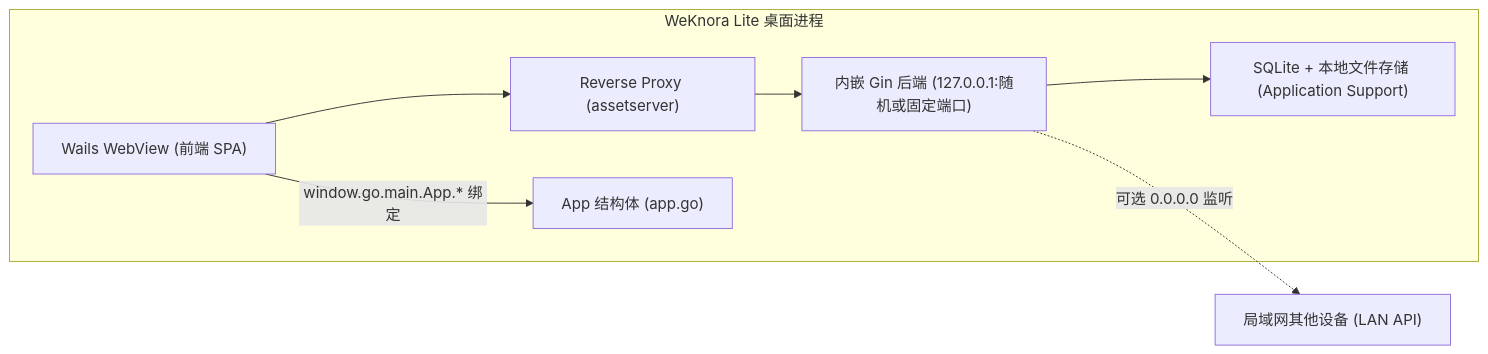
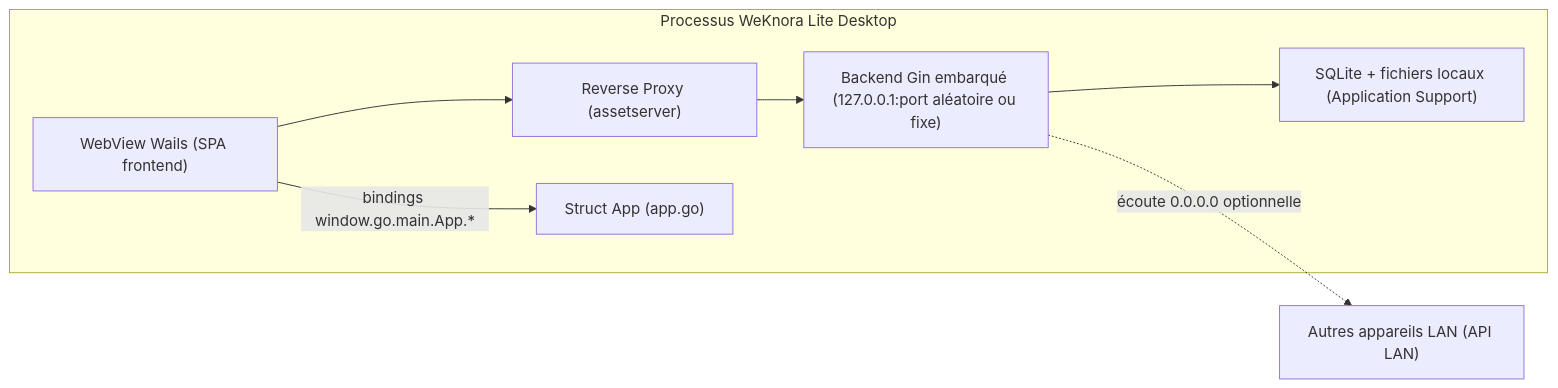
The diagram in website-docs/05-clients/05-desktop.md (samiriggui-code/gsms-template), drawn with Mermaid before and after one commit. The commit also changed other lines of this file and 301 other files, not shown here.

````diff
--- a/website-docs/05-clients/05-desktop.md
+++ b/website-docs/05-clients/05-desktop.md
@@ -22,12 +21,12 @@
 ```mermaid
 flowchart LR
-    subgraph D["WeKnora Lite 桌面进程"]
-        W["Wails WebView (前端 SPA)"]
+    subgraph D["Processus WeKnora Lite Desktop"]
+        W["WebView Wails (SPA frontend)"]
         P["Reverse Proxy (assetserver)"]
-        B["内嵌 Gin 后端 (127.0.0.1:随机或固定端口)"]
-        S["SQLite + 本地文件存储 (Application Support)"]
+        B["Backend Gin embarqué (127.0.0.1:port aléatoire ou fixe)"]
+        S["SQLite + fichiers locaux (Application Support)"]
         W --> P --> B --> S
-        W -- "window.go.main.App.* 绑定" --> A["App 结构体 (app.go)"]
+        W -- "bindings window.go.main.App.*" --> A["Struct App (app.go)"]
     end
-    B -. "可选 0.0.0.0 监听" .-> L["局域网其他设备 (LAN API)"]
+    B -. "écoute 0.0.0.0 optionnelle" .-> L["Autres appareils LAN (API LAN)"]
 ```
````
